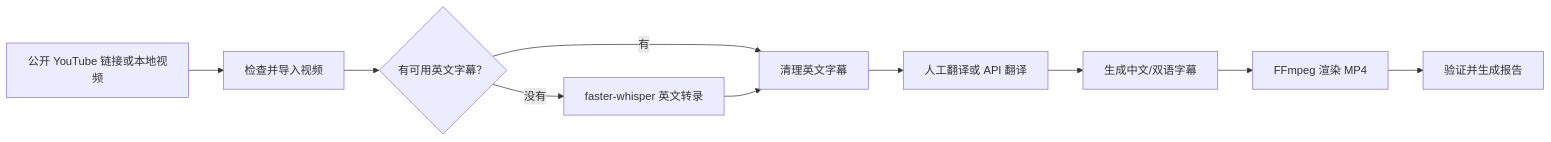
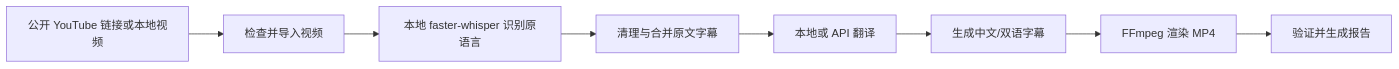
One commit to lujiangyancheng-jpg/youtube-chinese-localization-pipeline changed the diagram in docs/USER_GUIDE.zh-CN.md. Above: the diagram before and after it, drawn with Mermaid. The commit also changed other lines of this file and 31 other files, not shown here.

````diff
--- a/docs/USER_GUIDE.zh-CN.md
+++ b/docs/USER_GUIDE.zh-CN.md
@@ -24,12 +24,10 @@
 ```mermaid
 flowchart LR
     A["公开 YouTube 链接或本地视频"] --> B["检查并导入视频"]
-    B --> C{"有可用英文字幕？"}
-    C -- "有" --> D["清理英文字幕"]
-    C -- "没有" --> E["faster-whisper 英文转录"]
-    E --> D
-    D --> F["人工翻译或 API 翻译"]
+    B --> C["本地 faster-whisper 识别原语言"]
+    C --> D["清理与合并原文字幕"]
+    D --> F["本地或 API 翻译"]
     F --> G["生成中文/双语字幕"]
     G --> H["FFmpeg 渲染 MP4"]
     H --> I["验证并生成报告"]
 ```
````
